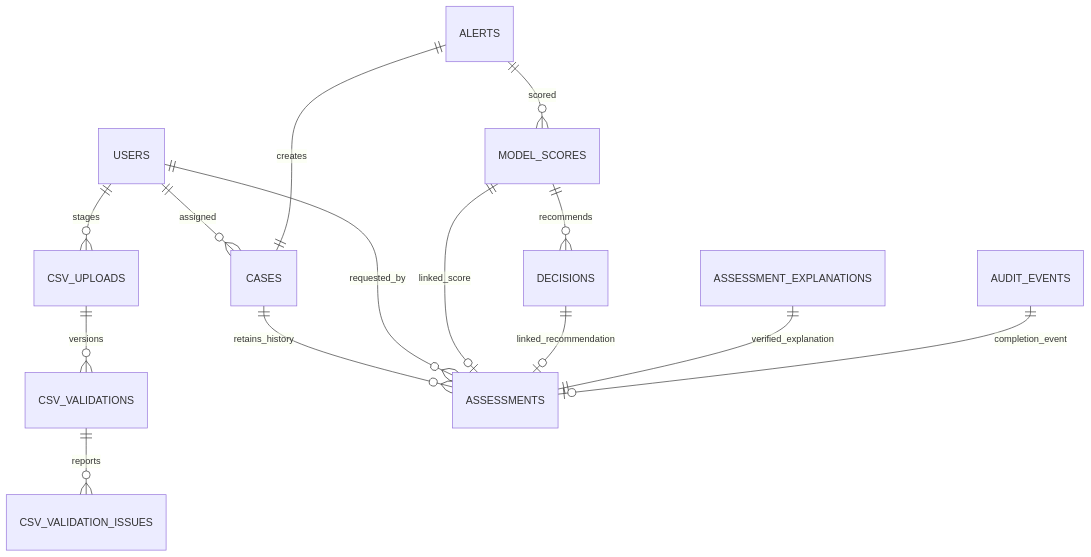
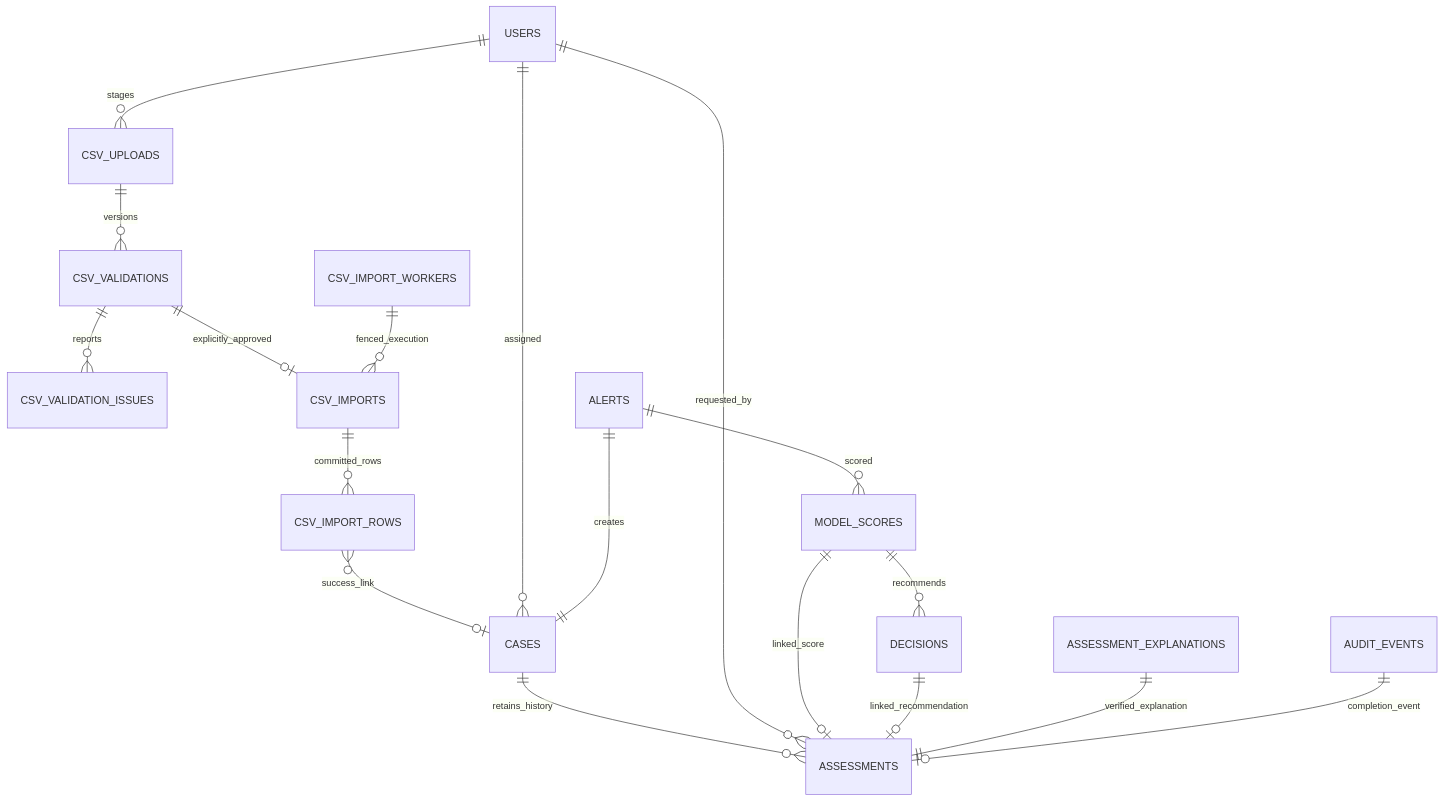
One commit to HetPatel1978/TrueFlag_AI changed the diagram in docs/DATABASE_SCHEMA.md. Above: the diagram before and after it, drawn with Mermaid. The commit also changed other lines of this file and 27 other files, not shown here.

Commit message:
Add approved durable CSV imports with atomic chunks and fenced recovery

````diff
--- a/docs/DATABASE_SCHEMA.md
+++ b/docs/DATABASE_SCHEMA.md
@@ -26,16 +29,20 @@
 ```mermaid
 erDiagram
     USERS ||--o{ CSV_UPLOADS : stages
     CSV_UPLOADS ||--o{ CSV_VALIDATIONS : versions
     CSV_VALIDATIONS ||--o{ CSV_VALIDATION_ISSUES : reports
+    CSV_VALIDATIONS ||--o| CSV_IMPORTS : explicitly_approved
+    CSV_IMPORTS ||--o{ CSV_IMPORT_ROWS : committed_rows
+    CSV_IMPORT_WORKERS ||--o{ CSV_IMPORTS : fenced_execution
+    CSV_IMPORT_ROWS }o--o| CASES : success_link
     USERS ||--o{ CASES : assigned
     ALERTS ||--|| CASES : creates
     CASES ||--o{ ASSESSMENTS : retains_history
     USERS ||--o{ ASSESSMENTS : requested_by
     ALERTS ||--o{ MODEL_SCORES : scored
     MODEL_SCORES ||--o{ DECISIONS : recommends
     MODEL_SCORES ||--o| ASSESSMENTS : linked_score
     DECISIONS ||--o| ASSESSMENTS : linked_recommendation
     ASSESSMENT_EXPLANATIONS ||--|| ASSESSMENTS : verified_explanation
     AUDIT_EVENTS ||--o| ASSESSMENTS : completion_event
 ```
````
